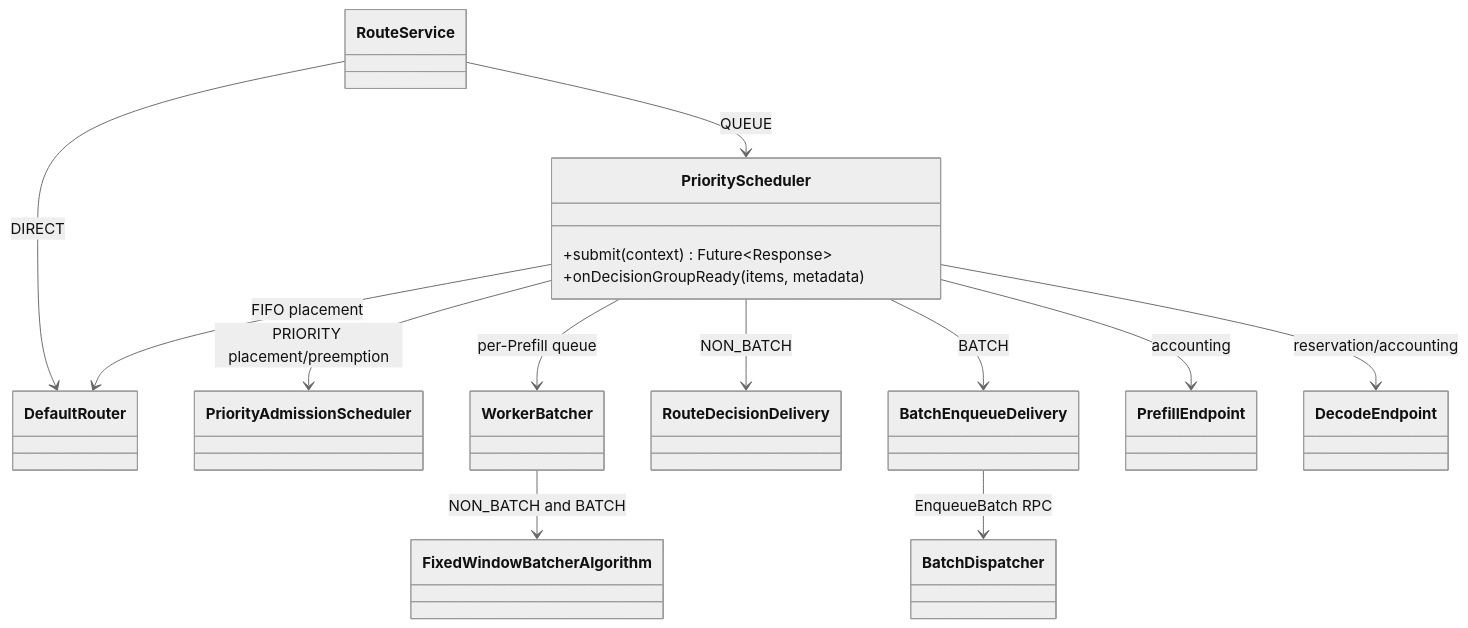
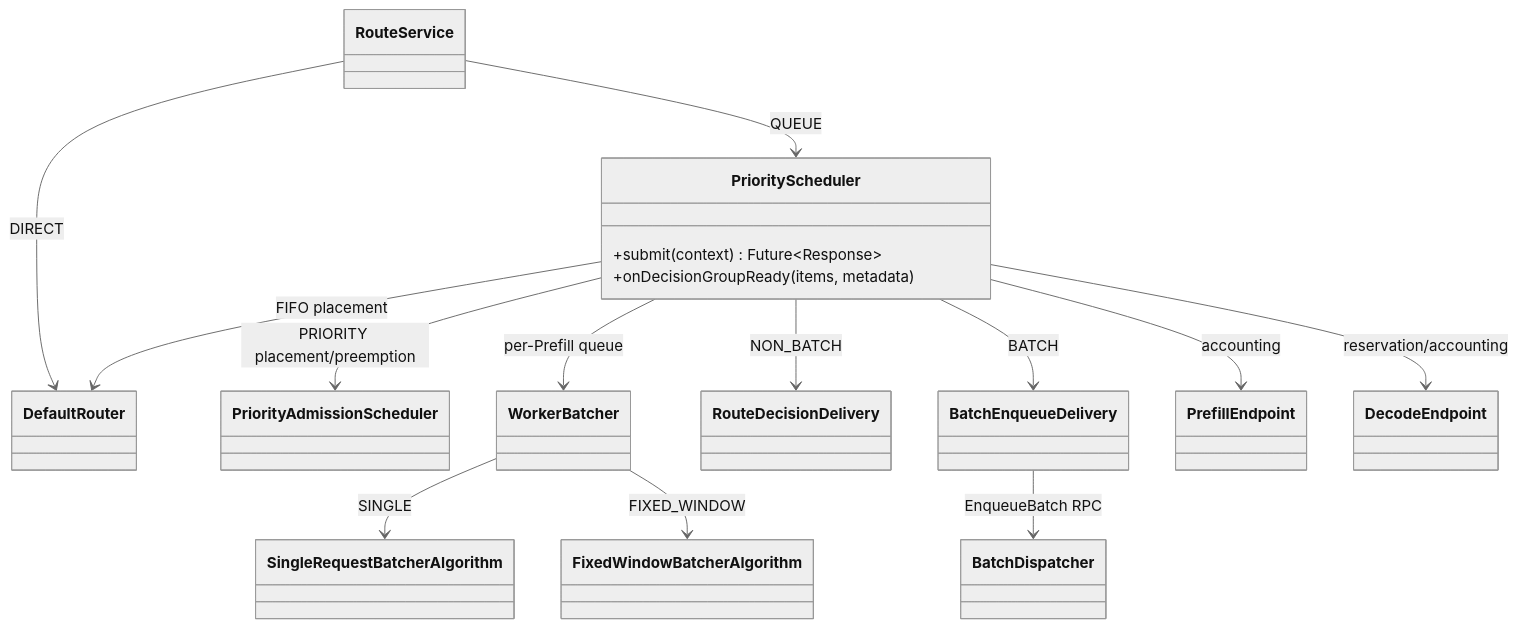
Before and after one commit to alibaba/rtp-llm: the first of 2 diagrams in rtp_llm/flexlb/docs/priority-scheduler-delivery-modes.md, drawn with Mermaid (neutral theme). The commit also changed other lines of this file and 45 other files, not shown here.

````diff
--- a/rtp_llm/flexlb/docs/priority-scheduler-delivery-modes.md
+++ b/rtp_llm/flexlb/docs/priority-scheduler-delivery-modes.md
@@ -26,29 +28,31 @@
 ```mermaid
 classDiagram
     class RouteService
     class DefaultRouter
     class PriorityScheduler {
         +submit(context) Future~Response~
         +onDecisionGroupReady(items, metadata)
     }
     class PriorityAdmissionScheduler
     class WorkerBatcher
+    class SingleRequestBatcherAlgorithm
     class FixedWindowBatcherAlgorithm
     class RouteDecisionDelivery
     class BatchEnqueueDelivery
     class BatchDispatcher
     class PrefillEndpoint
     class DecodeEndpoint
 
     RouteService --> DefaultRouter : DIRECT
     RouteService --> PriorityScheduler : QUEUE
     PriorityScheduler --> DefaultRouter : FIFO placement
     PriorityScheduler --> PriorityAdmissionScheduler : PRIORITY placement/preemption
     PriorityScheduler --> WorkerBatcher : per-Prefill queue
-    WorkerBatcher --> FixedWindowBatcherAlgorithm : NON_BATCH and BATCH
+    WorkerBatcher --> SingleRequestBatcherAlgorithm : SINGLE
+    WorkerBatcher --> FixedWindowBatcherAlgorithm : FIXED_WINDOW
     PriorityScheduler --> RouteDecisionDelivery : NON_BATCH
     PriorityScheduler --> BatchEnqueueDelivery : BATCH
     BatchEnqueueDelivery --> BatchDispatcher : EnqueueBatch RPC
     PriorityScheduler --> PrefillEndpoint : accounting
     PriorityScheduler --> DecodeEndpoint : reservation/accounting
 ```
````
